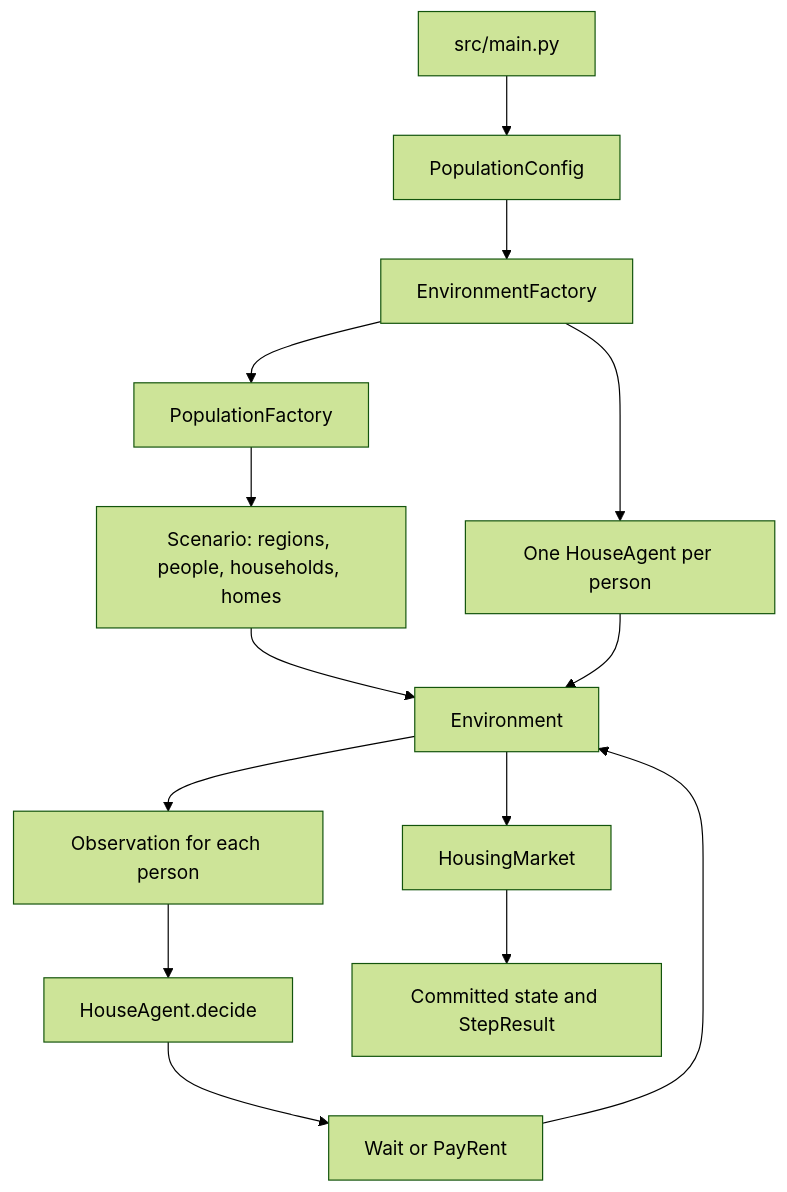
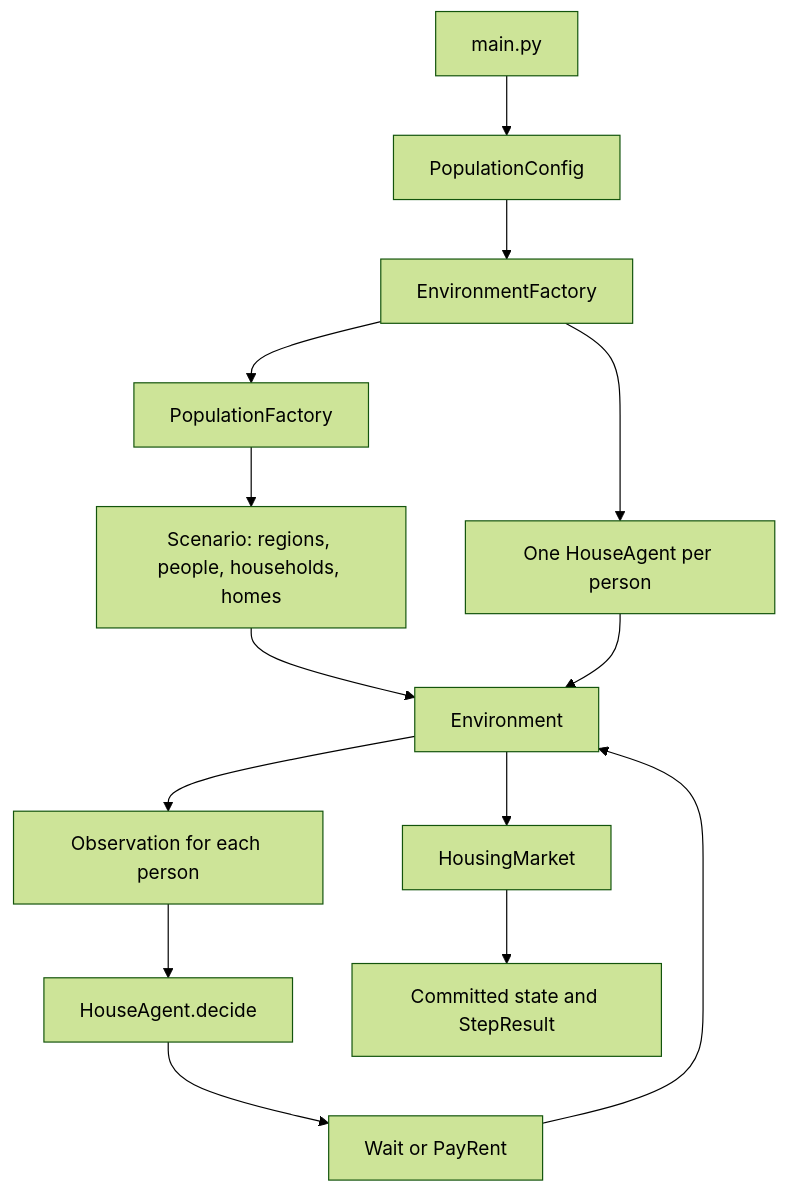
One commit to jonxl/insurance-land changed the diagram in docs/architecture.md. Above: the diagram before and after it, drawn with Mermaid (forest theme). The commit also changed other lines of this file and 42 other files, not shown here.

````diff
--- a/docs/architecture.md
+++ b/docs/architecture.md
@@ -55,16 +41,16 @@
 ```mermaid
 flowchart TD
-    Main[src/main.py] --> Config[PopulationConfig]
+    Main[main.py] --> Config[PopulationConfig]
     Config --> EF[EnvironmentFactory]
     EF --> PF[PopulationFactory]
     PF --> Scenario[Scenario: regions, people, households, homes]
     Scenario --> Env[Environment]
     EF --> Agents[One HouseAgent per person]
     Agents --> Env
     Env --> Market[HousingMarket]
     Env --> Obs[Observation for each person]
     Obs --> Decision[HouseAgent.decide]
     Decision --> Actions[Wait or PayRent]
     Actions --> Env
     Market --> Result[Committed state and StepResult]
 ```
````
